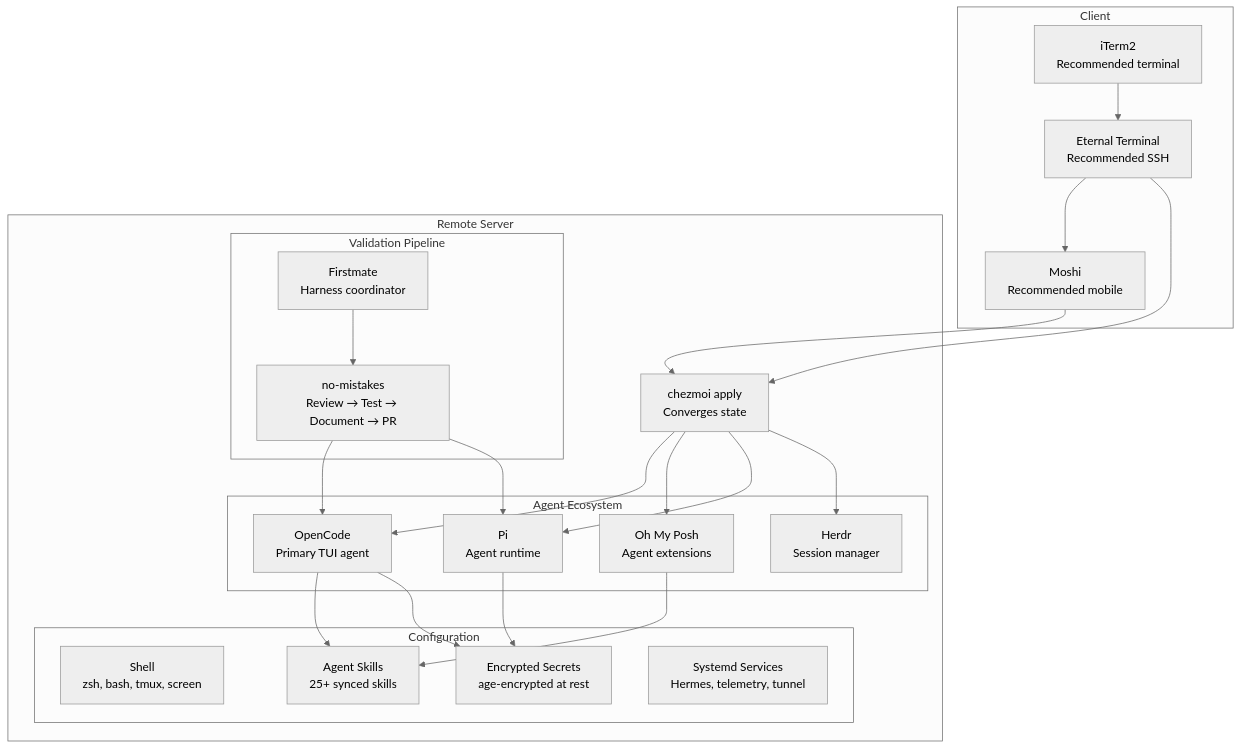
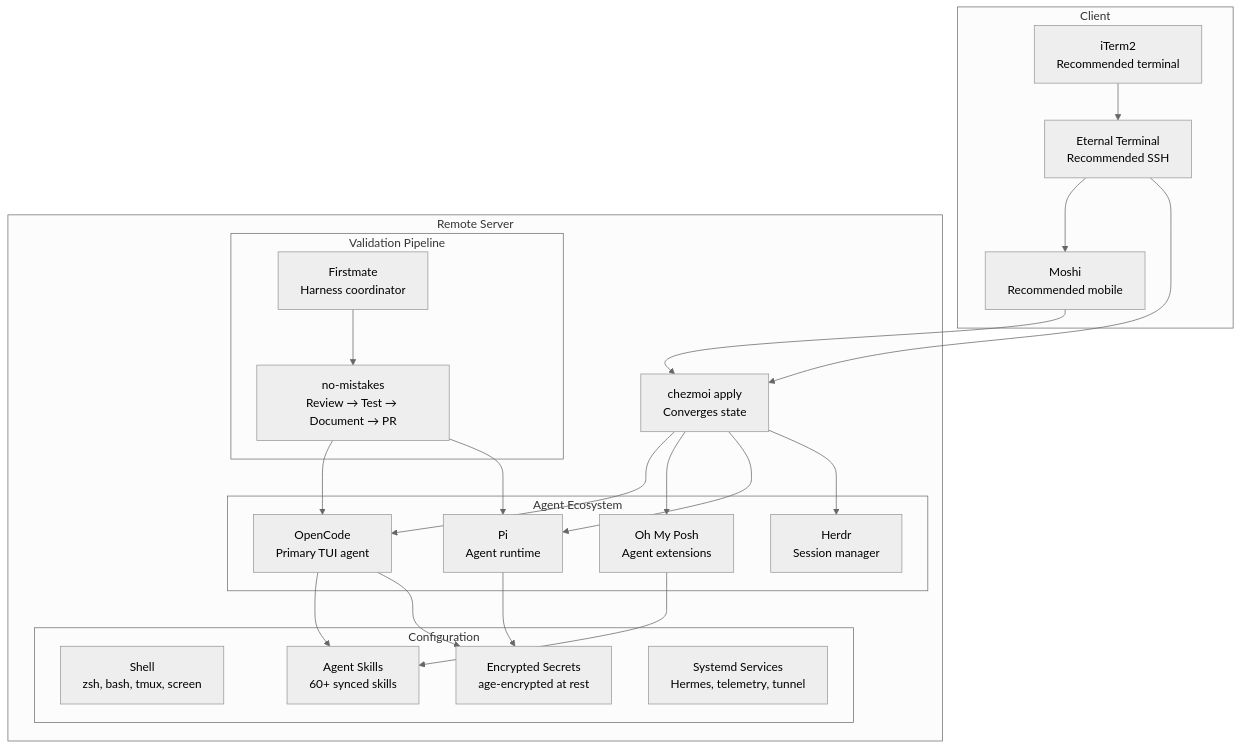
The diagram in README.md (phillias/dotfiles), drawn with Mermaid (neutral theme) before and after one commit. The commit also changed other lines of this file, not shown here.

Commit message:
no-mistakes(document): Update README skill counts; verify masc skill doc

````diff
--- a/README.md
+++ b/README.md
@@ -11,49 +11,49 @@
 ```mermaid
 flowchart TD
     subgraph CLIENT["Client"]
         I["iTerm2<br/>Recommended terminal"]
         E["Eternal Terminal<br/>Recommended SSH"]
         M["Moshi<br/>Recommended mobile"]
     end
 
     subgraph SERVER["Remote Server"]
         C["chezmoi apply<br/>Converges state"]
 
         subgraph AGENTS["Agent Ecosystem"]
             OC["OpenCode<br/>Primary TUI agent"]
             OMP["Oh My Posh<br/>Agent extensions"]
             P["Pi<br/>Agent runtime"]
             H["Herdr<br/>Session manager"]
         end
 
         subgraph CONFIG["Configuration"]
             S["Shell<br/>zsh, bash, tmux, screen"]
-            SK["Agent Skills<br/>25+ synced skills"]
+            SK["Agent Skills<br/>60+ synced skills"]
             SEC["Encrypted Secrets<br/>age-encrypted at rest"]
             SYSD["Systemd Services<br/>Hermes, telemetry, tunnel"]
         end
 
         subgraph VALIDATION["Validation Pipeline"]
             NM["no-mistakes<br/>Review → Test → Document → PR"]
             FM["Firstmate<br/>Harness coordinator"]
         end
     end
 
     I --> E --> M
     E --> C
     M --> C
 
     C --> OC
     C --> OMP
     C --> P
     C --> H
 
     OC --> SK
     OC --> SEC
     OMP --> SK
     P --> SEC
 
     FM --> NM
     NM --> OC
     NM --> P
 ```
````
